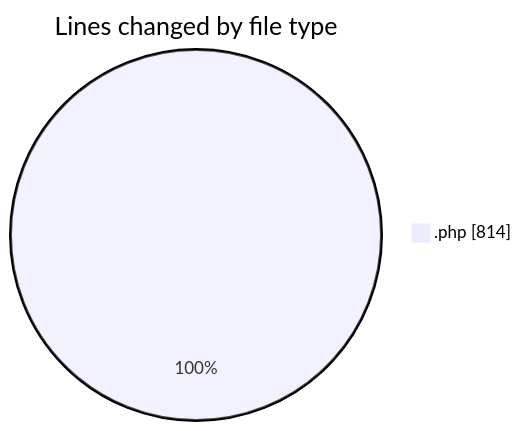
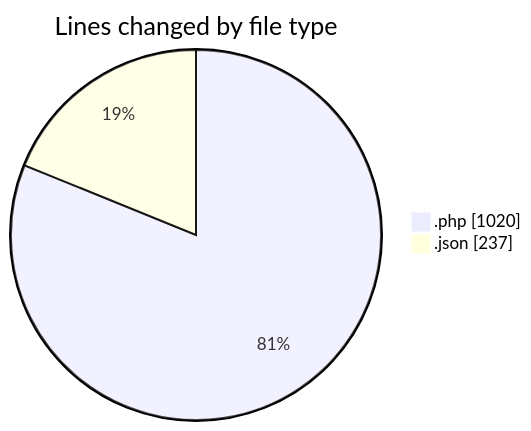
Before and after one commit to idhammustaqopulfikri/code-tracking: the first of 2 diagrams in 2025-06-20/studio-backend/README.md, drawn with Mermaid. The commit also changed other lines of this file and 1 other file, not shown here.

````diff
--- a/2025-06-20/studio-backend/README.md
+++ b/2025-06-20/studio-backend/README.md
@@ -21,5 +22,6 @@
 ```mermaid
 pie showData
 title Lines changed by file type
-".php" : 814
+".php" : 1020
+".json" : 237
 ```
````
